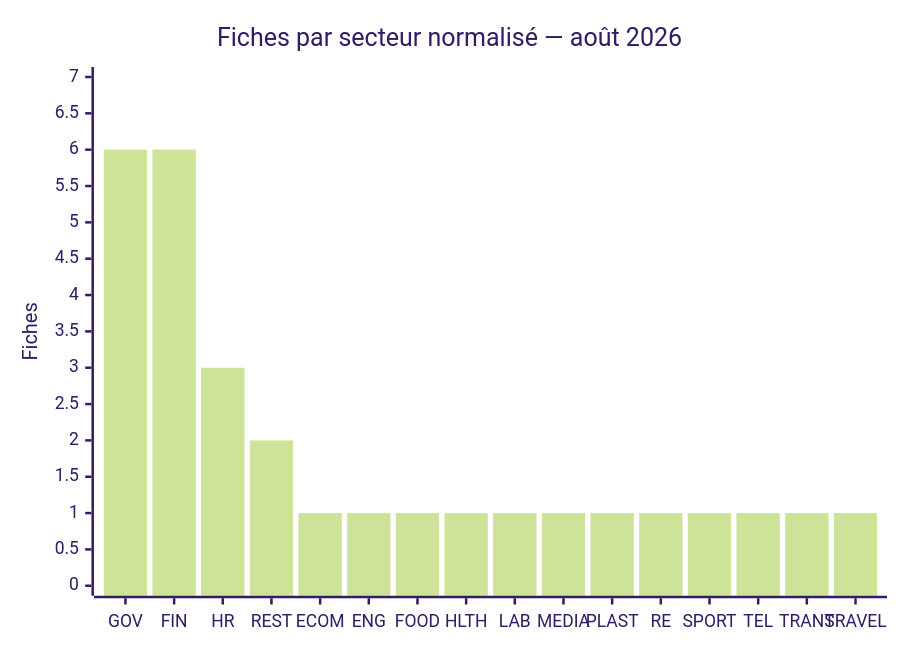
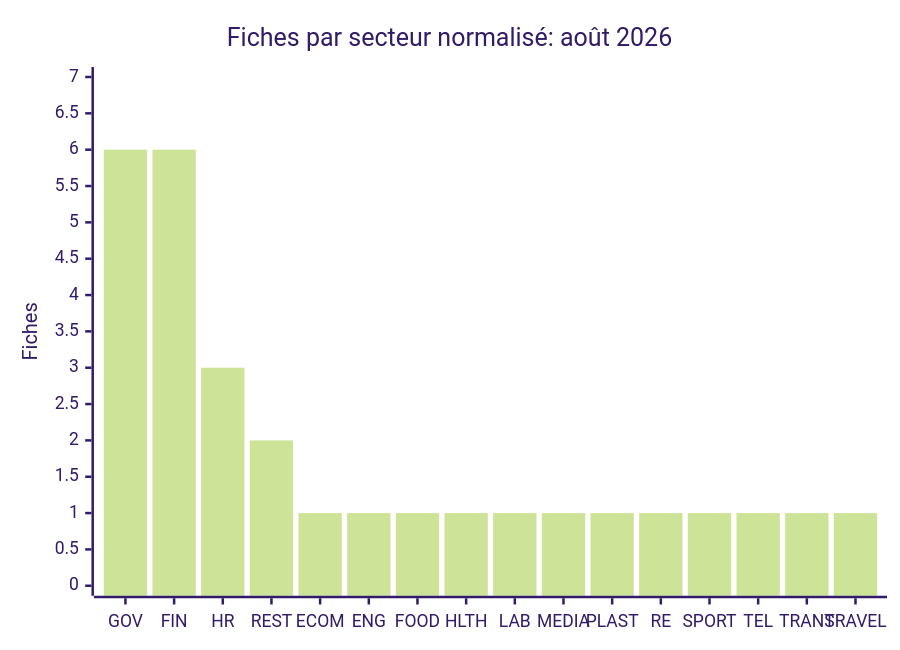
The sixth of 7 diagrams in CyberAttackAfrica/2026/08-august/README_FR.md (Hatchepsoute/AFRINTEL), drawn with Mermaid (forest theme) before and after one commit. The commit also changed other lines of this file and 1 other file, not shown here.

````diff
--- a/CyberAttackAfrica/2026/08-august/README_FR.md
+++ b/CyberAttackAfrica/2026/08-august/README_FR.md
@@ -318,7 +318,7 @@
 ```mermaid
 xychart-beta
-    title "Fiches par secteur normalisé — août 2026"
+    title "Fiches par secteur normalisé: août 2026"
     x-axis ["GOV", "FIN", "HR", "REST", "ECOM", "ENG", "FOOD", "HLTH", "LAB", "MEDIA", "PLAST", "RE", "SPORT", "TEL", "TRANS", "TRAVEL"]
     y-axis "Fiches" 0 --> 7
     bar [6, 6, 3, 2, 1, 1, 1, 1, 1, 1, 1, 1, 1, 1, 1, 1]
 ```
````
